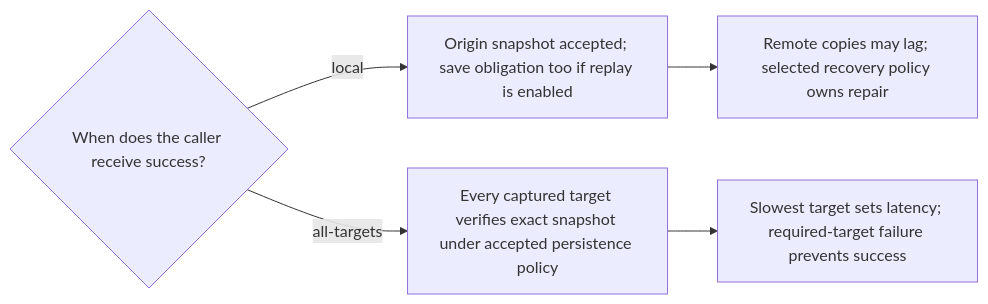
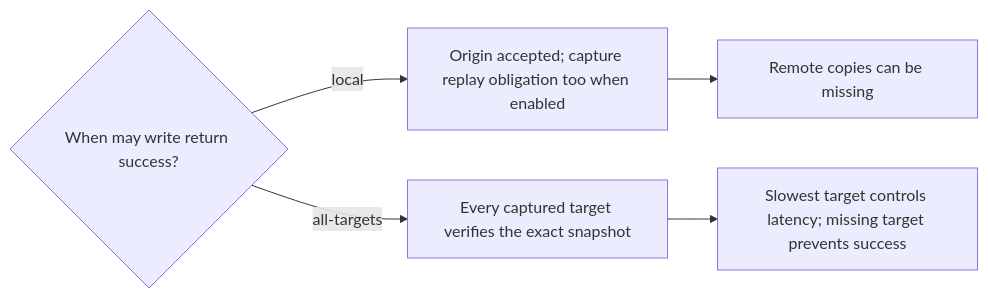
Before and after one commit to alberttwong/redis-multi-region-adapter: the second of 2 diagrams in backends.md, drawn with Mermaid. The commit also changed other lines of this file and 11 other files, not shown here.

````diff
--- a/backends.md
+++ b/backends.md
@@ -38,7 +24,7 @@
 ```mermaid
 flowchart LR
-    Ack{"When does the caller receive success?"} -->|local| Origin["Origin snapshot accepted; save obligation too if replay is enabled"]
-    Ack -->|all-targets| All["Every captured target verifies exact snapshot under accepted persistence policy"]
-    Origin --> Lag["Remote copies may lag; selected recovery policy owns repair"]
-    All --> Cost["Slowest target sets latency; required-target failure prevents success"]
+    Ack{"When may write return success?"} -->|local| Origin["Origin accepted; capture replay obligation too when enabled"]
+    Ack -->|all-targets| All["Every captured target verifies the exact snapshot"]
+    Origin --> Lag["Remote copies can be missing"]
+    All --> Slow["Slowest target controls latency; missing target prevents success"]
 ```
````
